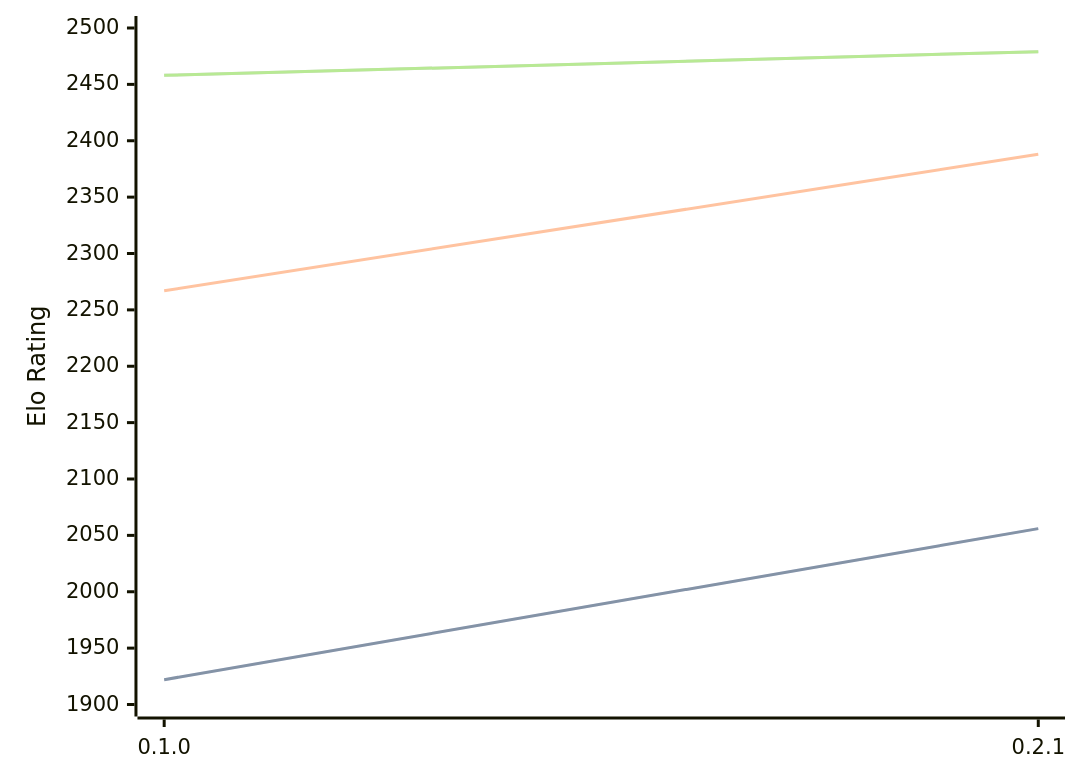
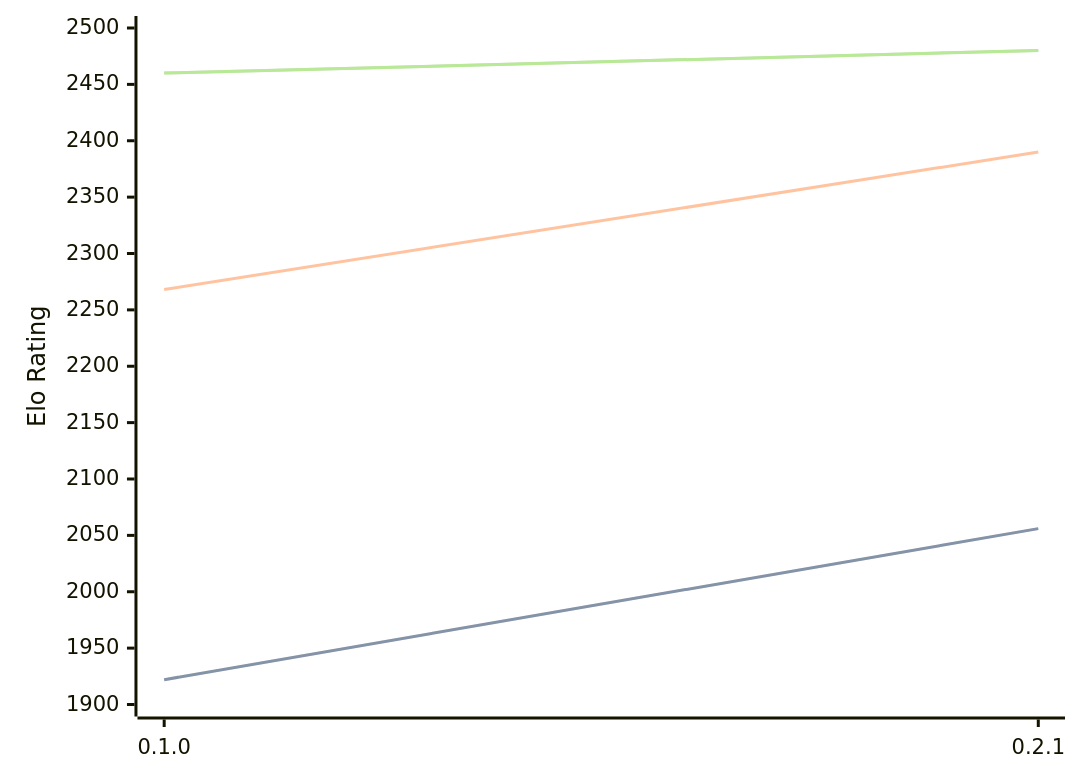
One commit to computer-chess-index/cci changed the diagram in engines/Sykora.md. Above: the diagram before and after it, drawn with Mermaid. The commit also changed other lines of this file, not shown here.

Commit message:
Update CCI Ratings (ELO VLTC) - 2026-05-01

````diff
--- a/engines/Sykora.md
+++ b/engines/Sykora.md
@@ -33,11 +33,11 @@
 ```mermaid
 %%{init: {"theme":"base","themeVariables":{"seriesColors:['#a3a3a3','#222221','#faa371']}}}%%
 xychart-beta
   x-axis ["0.1.0", "0.2.1"]
   y-axis "Elo Rating" 1900 --> 2500
   line "STC (8.0+0.08s)" [1922, 2056]
   line "STC (8.0+0.08s)" [1922, 2056]
-  line "LTC (60.0+0.60s)" [2267, 2388]
-  line "VLTC (2m24s+1.12s)" [2458, 2479]
-  line "VLTC (2m24s+1.12s)" [2458, 2479]
+  line "LTC (60.0+0.60s)" [2268, 2390]
+  line "VLTC (2m24s+1.12s)" [2460, 2480]
+  line "VLTC (2m24s+1.12s)" [2460, 2480]
 ```
````
